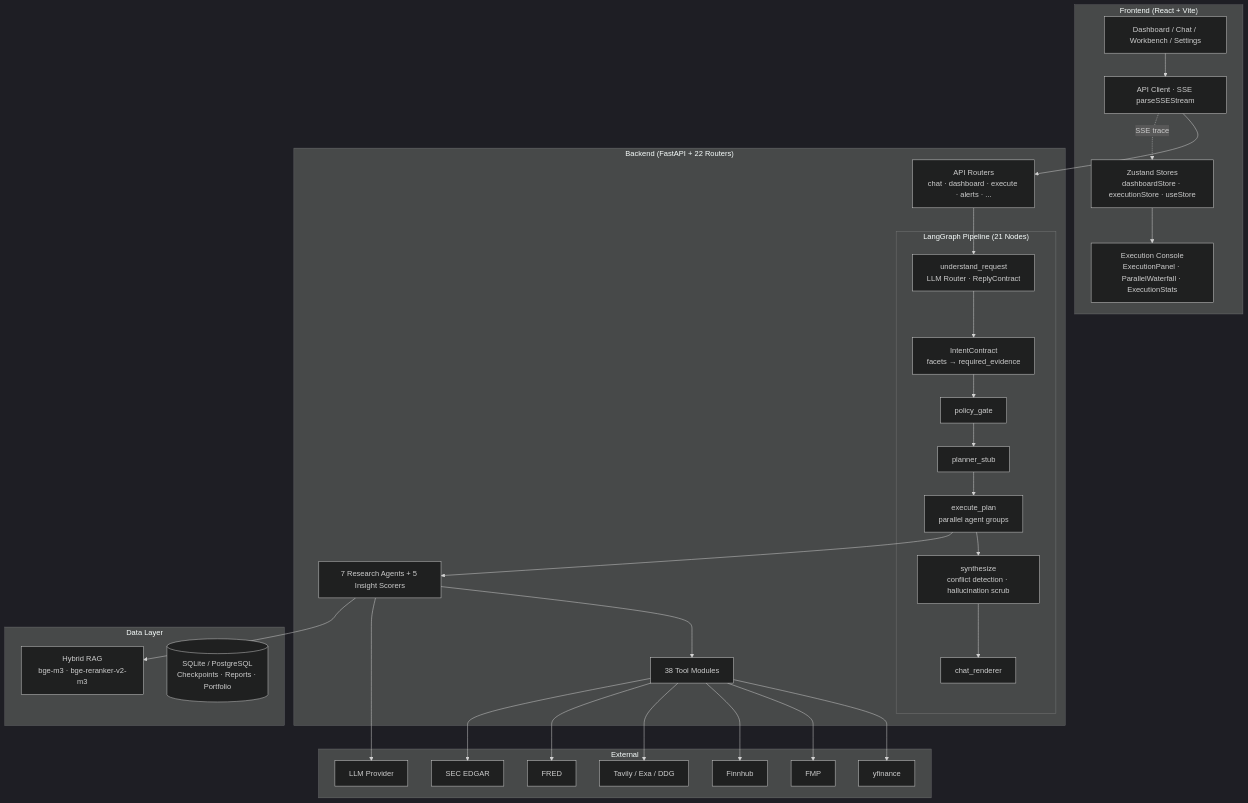
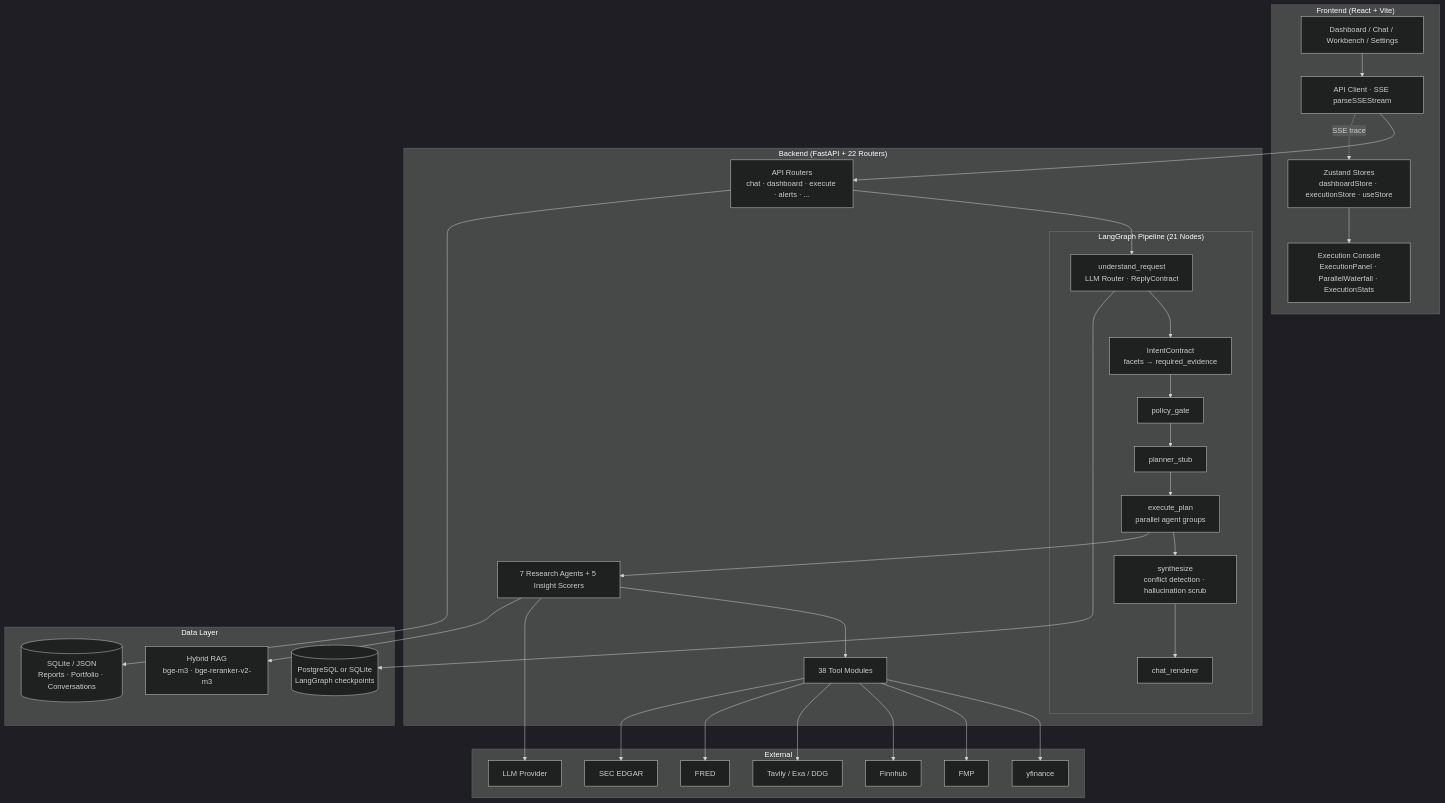
The first of 3 diagrams in README.md (kkkano/FinSight), drawn with Mermaid (dark theme) before and after one commit. The commit also changed other lines of this file and 2 other files, not shown here.

Commit message:
docs(deploy): document multiuser quota deployment modes

````diff
--- a/README.md
+++ b/README.md
@@ -161,43 +161,46 @@
 ```mermaid
 graph TB
     subgraph "Frontend (React + Vite)"
         UI[Dashboard / Chat / Workbench / Settings]
         STORE[Zustand Stores<br/>dashboardStore · executionStore · useStore]
         CONSOLE[Execution Console<br/>ExecutionPanel · ParallelWaterfall · ExecutionStats]
         API_CLIENT[API Client · SSE parseSSEStream]
     end
 
     subgraph "Backend (FastAPI + 22 Routers)"
         ROUTER[API Routers<br/>chat · dashboard · execute · alerts · ...]
         subgraph "LangGraph Pipeline (21 Nodes)"
             UNDERSTAND[understand_request<br/>LLM Router · ReplyContract]
             FRAME[IntentContract<br/>facets → required_evidence]
             POLICY[policy_gate]
             PLANNER[planner_stub]
             EXEC[execute_plan<br/>parallel agent groups]
             SYNTH[synthesize<br/>conflict detection · hallucination scrub]
             RENDER[chat_renderer]
         end
         AGENTS[7 Research Agents + 5 Insight Scorers]
         TOOLS[38 Tool Modules]
     end
 
     subgraph "Data Layer"
         RAG[Hybrid RAG<br/>bge-m3 · bge-reranker-v2-m3]
-        DB[(SQLite / PostgreSQL<br/>Checkpoints · Reports · Portfolio)]
+        CHECKPOINT[(PostgreSQL or SQLite<br/>LangGraph checkpoints)]
+        BUSINESS[(SQLite / JSON<br/>Reports · Portfolio · Conversations)]
     end
 
     subgraph "External"
         YFINANCE[yfinance] & FMP[FMP] & FINNHUB[Finnhub]
         TAVILY[Tavily / Exa / DDG] & FRED[FRED] & SEC[SEC EDGAR]
         LLM_API[LLM Provider]
     end
 
     UI --> API_CLIENT --> ROUTER
     API_CLIENT -.->|SSE trace| STORE --> CONSOLE
     ROUTER --> UNDERSTAND --> FRAME --> POLICY --> PLANNER --> EXEC
+    ROUTER --> BUSINESS
+    UNDERSTAND --> CHECKPOINT
     EXEC --> SYNTH --> RENDER
     EXEC --> AGENTS --> TOOLS
     TOOLS --> YFINANCE & FMP & FINNHUB & TAVILY & FRED & SEC
     AGENTS --> LLM_API & RAG
 ```
````
